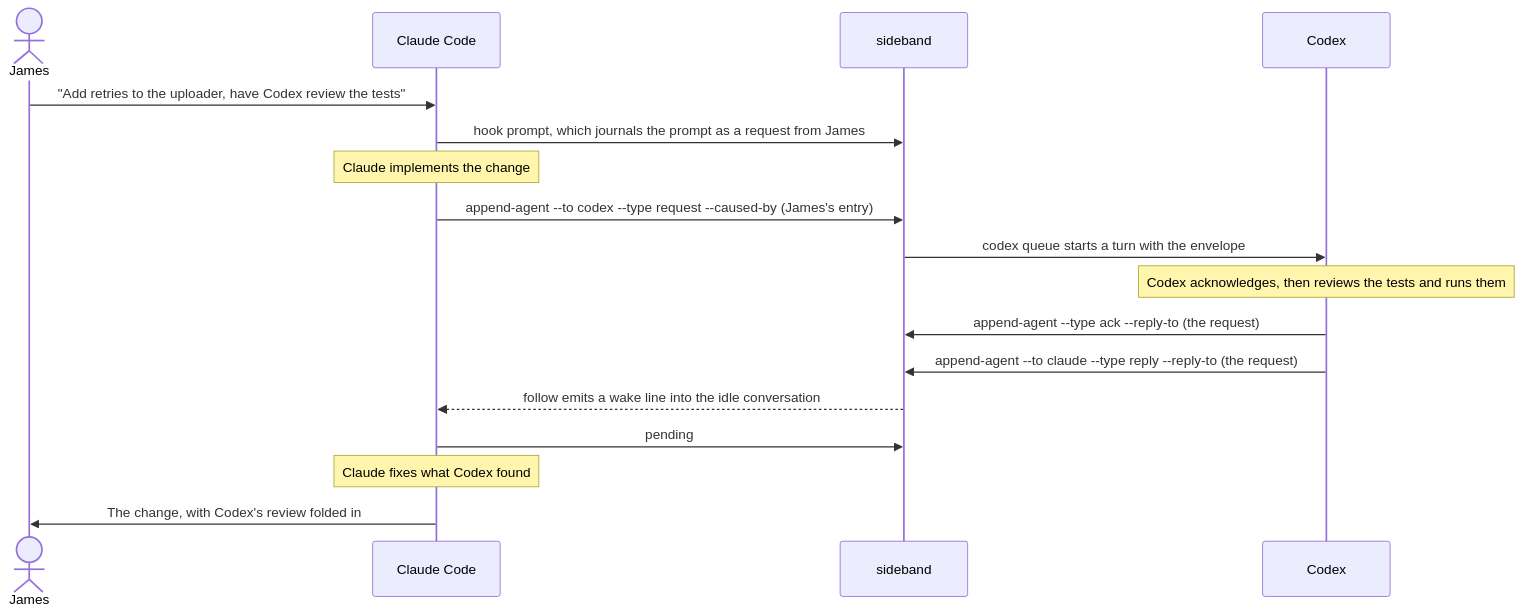
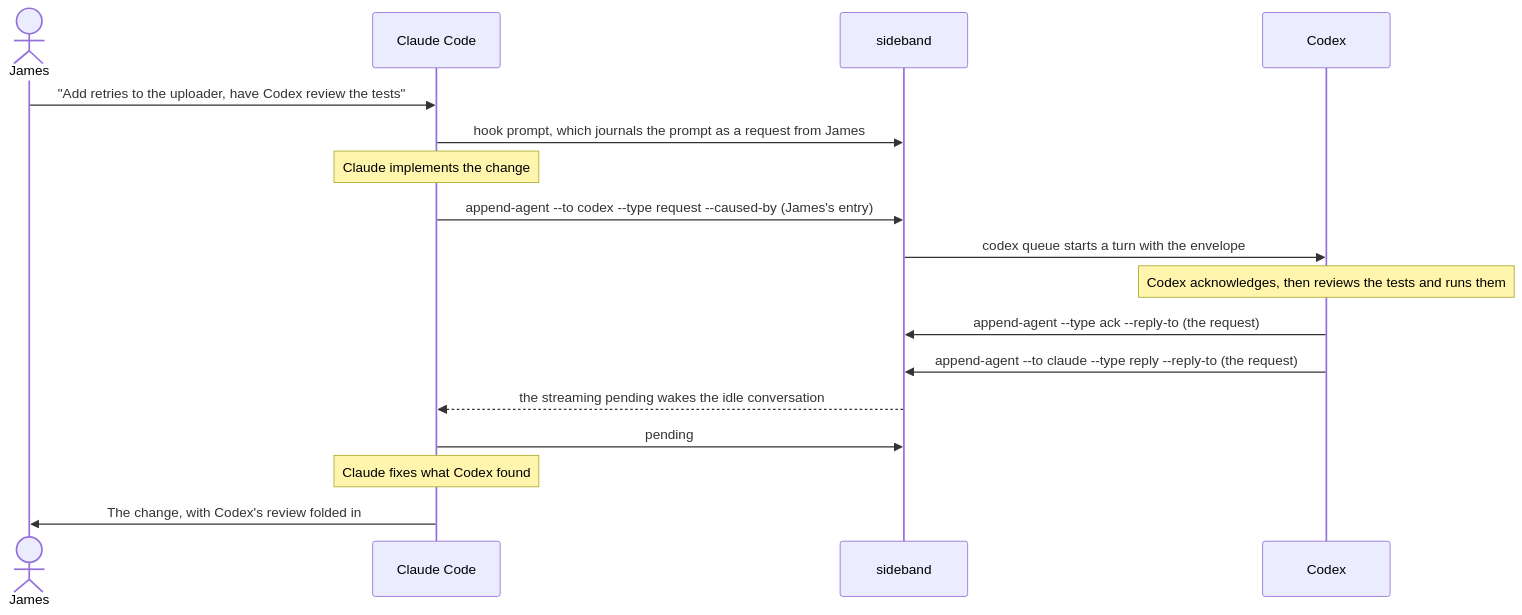
Before and after one commit to moltenbits/sideband: the second of 3 diagrams in README.md, drawn with Mermaid. The commit also changed other lines of this file and 12 other files, not shown here.

Commit message:
Fold follow into pending: --wait blocks, --stream keeps listening

````diff
--- a/README.md
+++ b/README.md
@@ -111,20 +112,20 @@
 ```mermaid
 sequenceDiagram
     actor James
     participant Claude as Claude Code
     participant SB as sideband
     participant Codex
 
     James->>Claude: "Add retries to the uploader, have Codex review the tests"
     Claude->>SB: hook prompt, which journals the prompt as a request from James
     Note over Claude: Claude implements the change
     Claude->>SB: append-agent --to codex --type request --caused-by (James's entry)
     SB->>Codex: codex queue starts a turn with the envelope
     Note over Codex: Codex acknowledges, then reviews the tests and runs them
     Codex->>SB: append-agent --type ack --reply-to (the request)
     Codex->>SB: append-agent --to claude --type reply --reply-to (the request)
-    SB-->>Claude: follow emits a wake line into the idle conversation
+    SB-->>Claude: the streaming pending wakes the idle conversation
     Claude->>SB: pending
     Note over Claude: Claude fixes what Codex found
     Claude->>James: The change, with Codex's review folded in
 ```
````
